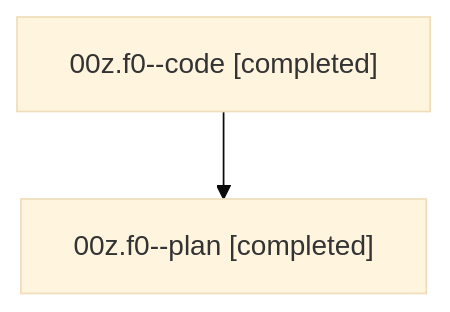
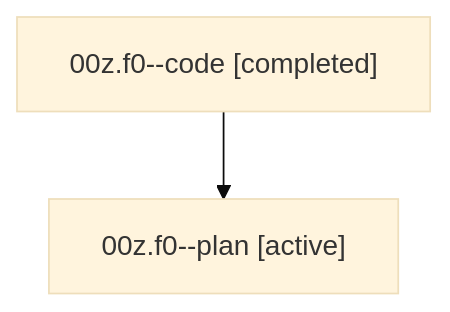
The diagram in families/bbugyi200.athena.00z.f0.md (sase-org/sase--agents), drawn with Mermaid (base theme) before and after one commit. The commit also changed other lines of this file and 35830 other files, not shown here.

````diff
--- a/families/bbugyi200.athena.00z.f0.md
+++ b/families/bbugyi200.athena.00z.f0.md
@@ -9,6 +9,6 @@
 ```mermaid
 flowchart TD
   n0["00z.f0--code [completed]"]
-  n1["00z.f0--plan [completed]"]
+  n1["00z.f0--plan [active]"]
   n0 --> n1
 ```
````
